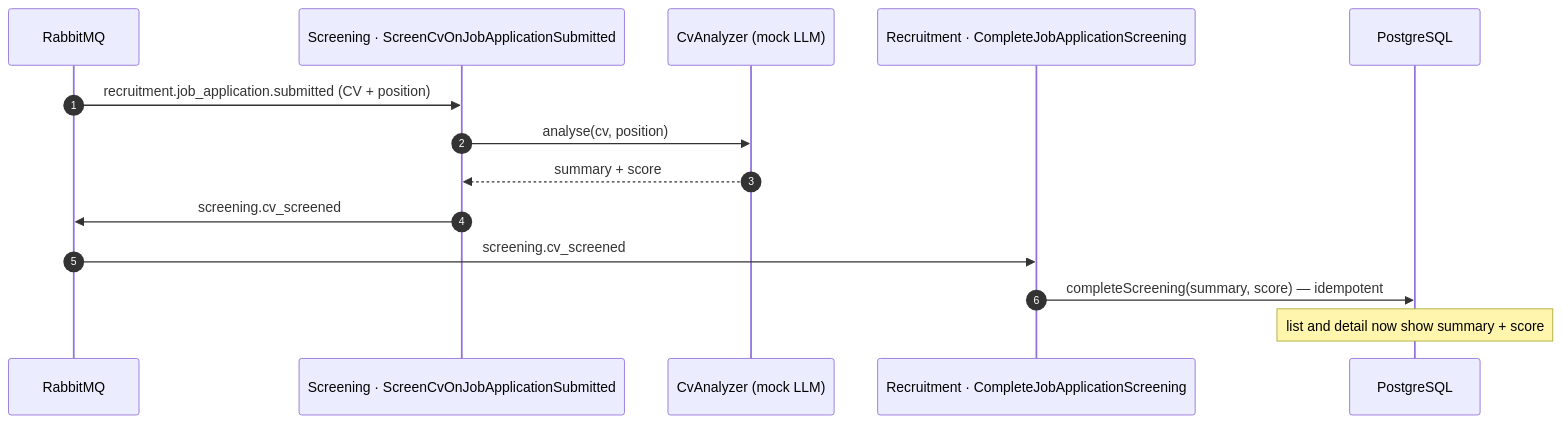
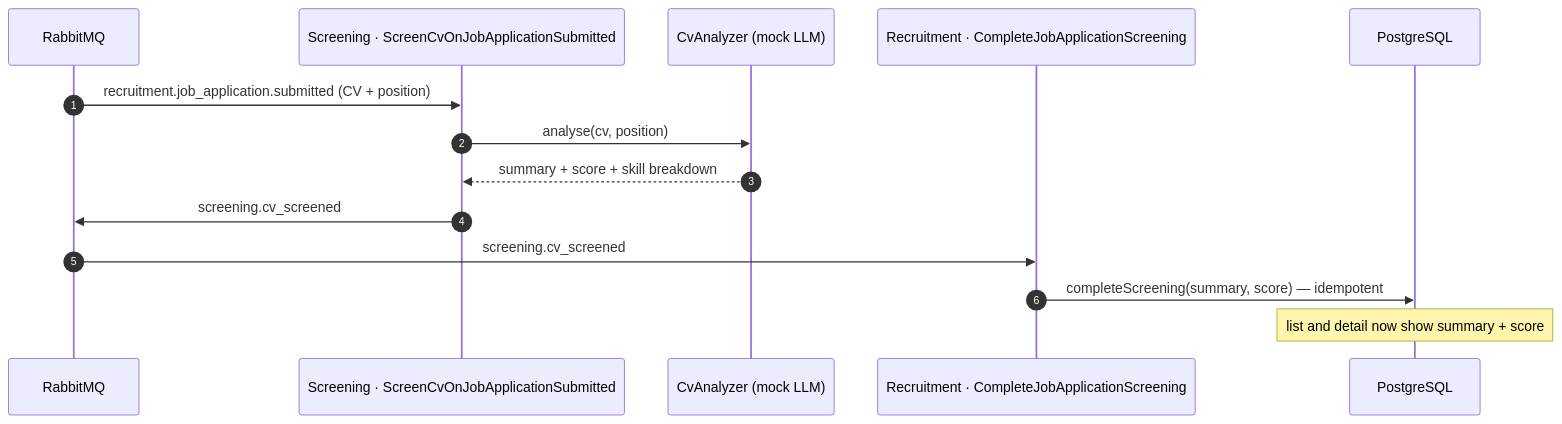
One commit to manuelarandait/ats-poc changed the sixth of 8 diagrams in docs/ARCHITECTURE.md. Above: the diagram before and after it, drawn with Mermaid. The commit also changed other lines of this file and 43 other files, not shown here.

````diff
--- a/docs/ARCHITECTURE.md
+++ b/docs/ARCHITECTURE.md
@@ -276,17 +277,17 @@
 ```mermaid
 sequenceDiagram
     autonumber
     participant MQ as RabbitMQ
     participant SC as Screening · ScreenCvOnJobApplicationSubmitted
     participant AI as CvAnalyzer (mock LLM)
     participant RC as Recruitment · CompleteJobApplicationScreening
     participant DB as PostgreSQL
 
     MQ->>SC: recruitment.job_application.submitted (CV + position)
     SC->>AI: analyse(cv, position)
-    AI-->>SC: summary + score
+    AI-->>SC: summary + score + skill breakdown
     SC->>MQ: screening.cv_screened
     MQ->>RC: screening.cv_screened
     RC->>DB: completeScreening(summary, score) — idempotent
     Note over DB: list and detail now show summary + score
 ```
````
